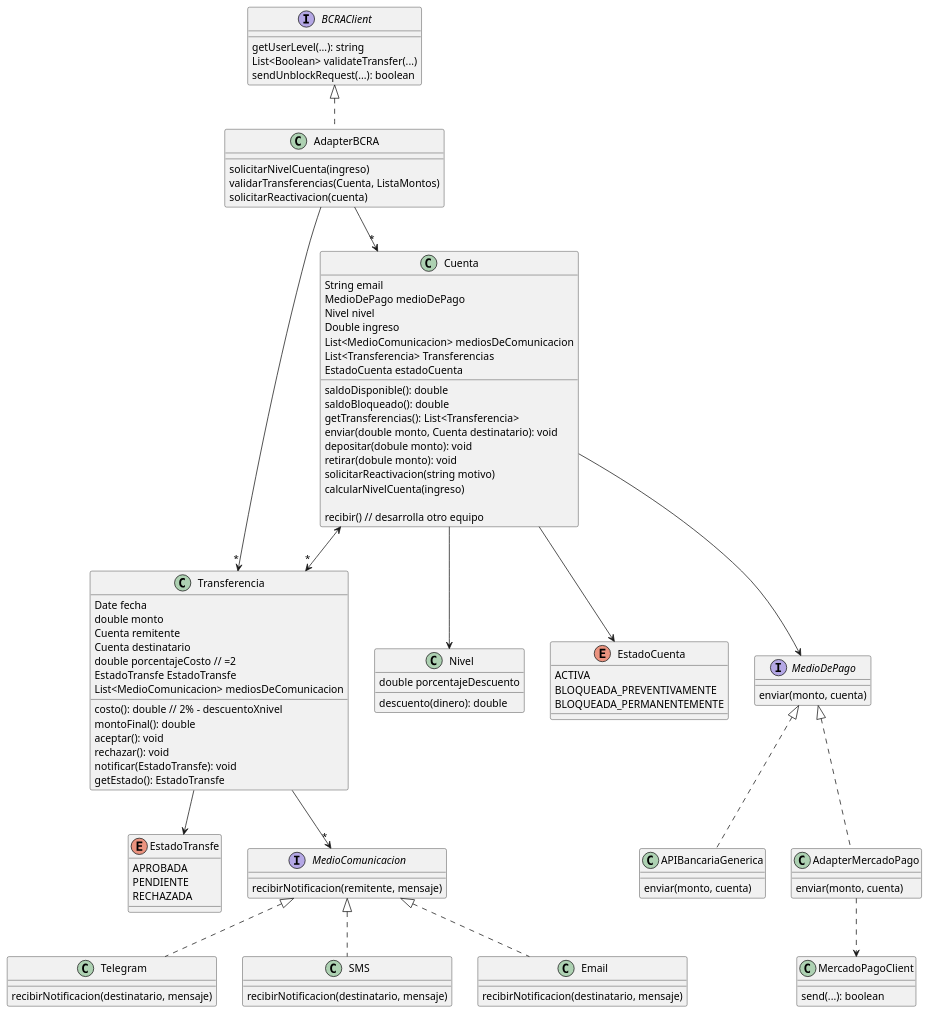
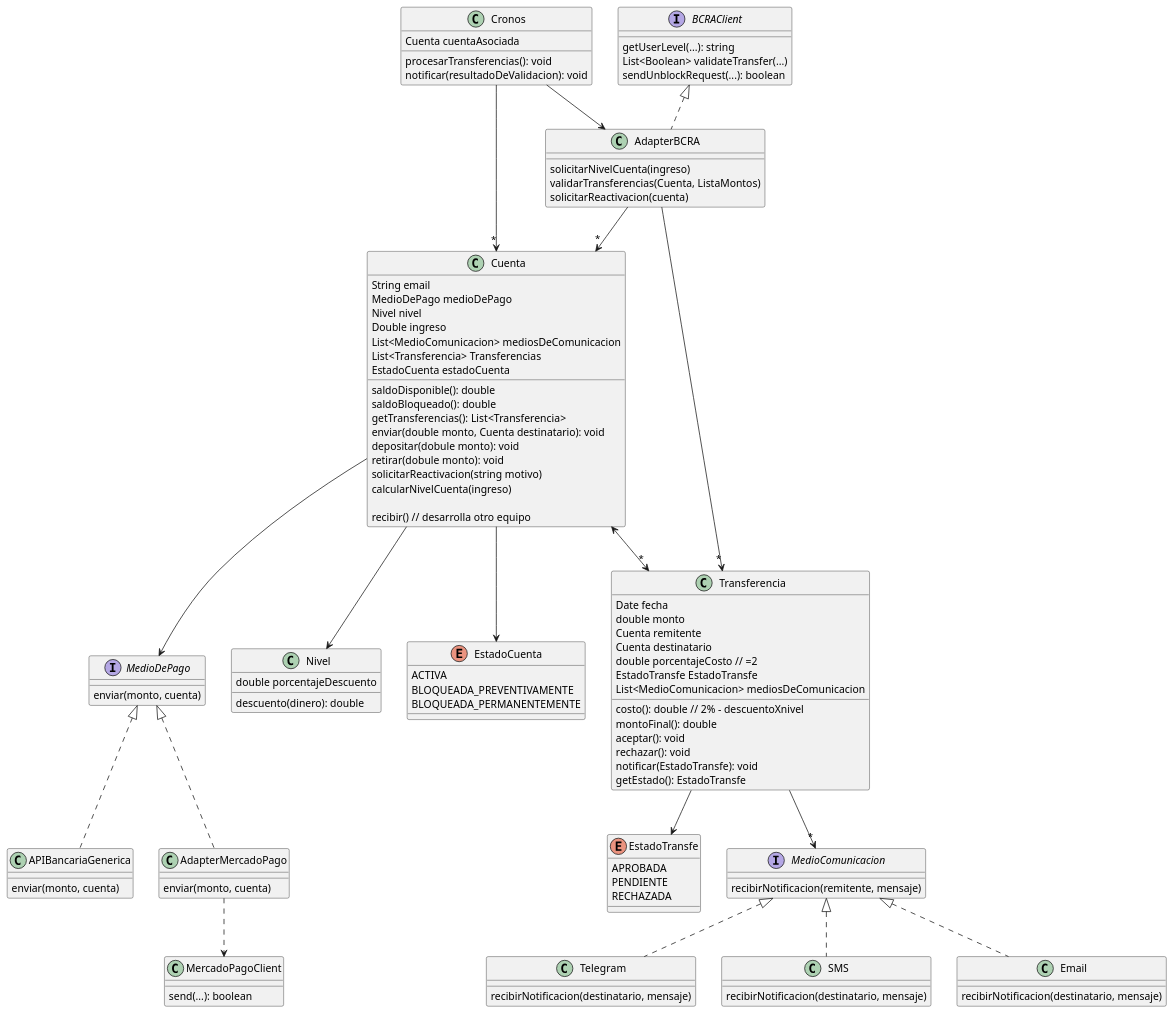
The diagram in src/main/java/PaiPan_Corregido/PaiPan_Diagrama.puml (NicolasOcchi/DDS-1ros-Parciales), drawn with PlantUML before and after one commit. The commit also changed 1 other file, not shown here.

```diff
--- a/src/main/java/PaiPan_Corregido/PaiPan_Diagrama.puml
+++ b/src/main/java/PaiPan_Corregido/PaiPan_Diagrama.puml
@@ -1,113 +1,121 @@
 @startuml
 class Cuenta{
     String email
     MedioDePago medioDePago
     Nivel nivel
     Double ingreso
     List<MedioComunicacion> mediosDeComunicacion
     List<Transferencia> Transferencias
     EstadoCuenta estadoCuenta
 
     saldoDisponible(): double
     saldoBloqueado(): double
     getTransferencias(): List<Transferencia>
     enviar(double monto, Cuenta destinatario): void
     depositar(dobule monto): void
     retirar(dobule monto): void
     solicitarReactivacion(string motivo)
     calcularNivelCuenta(ingreso)
 
     recibir() // desarrolla otro equipo
 }
 
 Cuenta --> MedioDePago
 Cuenta <-->"*" Transferencia
 Cuenta --> Nivel
 Cuenta --> EstadoCuenta
+
+class Cronos{
+    Cuenta cuentaAsociada
+    procesarTransferencias(): void
+    notificar(resultadoDeValidacion): void
+}
+Cronos -->"*" Cuenta
+Cronos --> AdapterBCRA
 
 'se crearán 3 instancias, 1 por cada nivel con su respectivo porcentaje
 class Nivel{
     double porcentajeDescuento
     descuento(dinero): double
 }
 
 interface MedioDePago{
     enviar(monto, cuenta)
 }
 
 class APIBancariaGenerica implements MedioDePago {
     enviar(monto, cuenta)
 }
 
 class AdapterMercadoPago implements MedioDePago{
     enviar(monto, cuenta)
 }
 AdapterMercadoPago ..> MercadoPagoClient
 
 class MercadoPagoClient{
     send(...): boolean
 }
 
 class Transferencia{
     Date fecha
     double monto
     Cuenta remitente
     Cuenta destinatario
     double porcentajeCosto // =2
     EstadoTransfe EstadoTransfe
     List<MedioComunicacion> mediosDeComunicacion
 
     costo(): double // 2% - descuentoXnivel
     montoFinal(): double
     aceptar(): void
     rechazar(): void
     notificar(EstadoTransfe): void
     getEstado(): EstadoTransfe
 }
 
 Transferencia --> EstadoTransfe
 
 enum EstadoTransfe{
     APROBADA
     PENDIENTE
     RECHAZADA
 }
 
 enum EstadoCuenta{
 ACTIVA
 BLOQUEADA_PREVENTIVAMENTE
 BLOQUEADA_PERMANENTEMENTE
 }
 
 interface BCRAClient{
     getUserLevel(...): string
     List<Boolean> validateTransfer(...)
     sendUnblockRequest(...): boolean
 }
 
 class AdapterBCRA implements BCRAClient{
     solicitarNivelCuenta(ingreso)
     validarTransferencias(Cuenta, ListaMontos)
     solicitarReactivacion(cuenta)
 }
 
 AdapterBCRA -->"*" Transferencia
 AdapterBCRA -->"*" Cuenta
 
 Transferencia -->"*" MedioComunicacion
 
 interface MedioComunicacion{
     recibirNotificacion(remitente, mensaje)
 }
 
 class Telegram implements MedioComunicacion{
     recibirNotificacion(destinatario, mensaje)
 }
 class SMS implements MedioComunicacion{
     recibirNotificacion(destinatario, mensaje)
 }
 class Email implements MedioComunicacion{
     recibirNotificacion(destinatario, mensaje)
 }
 
 @enduml
```
